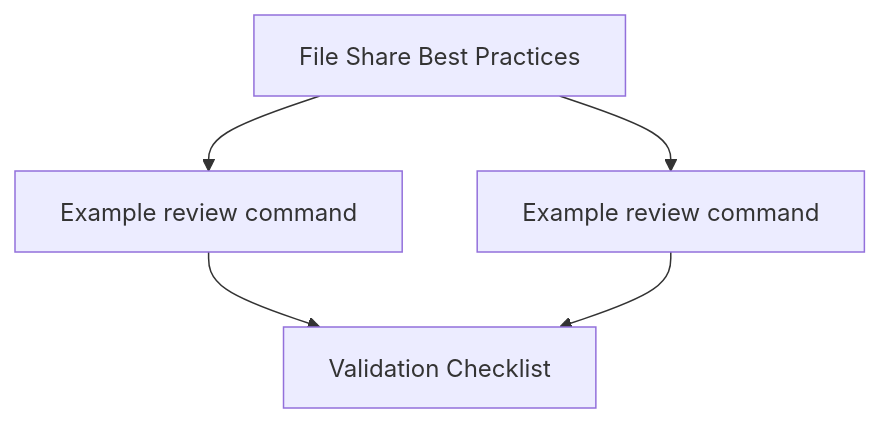
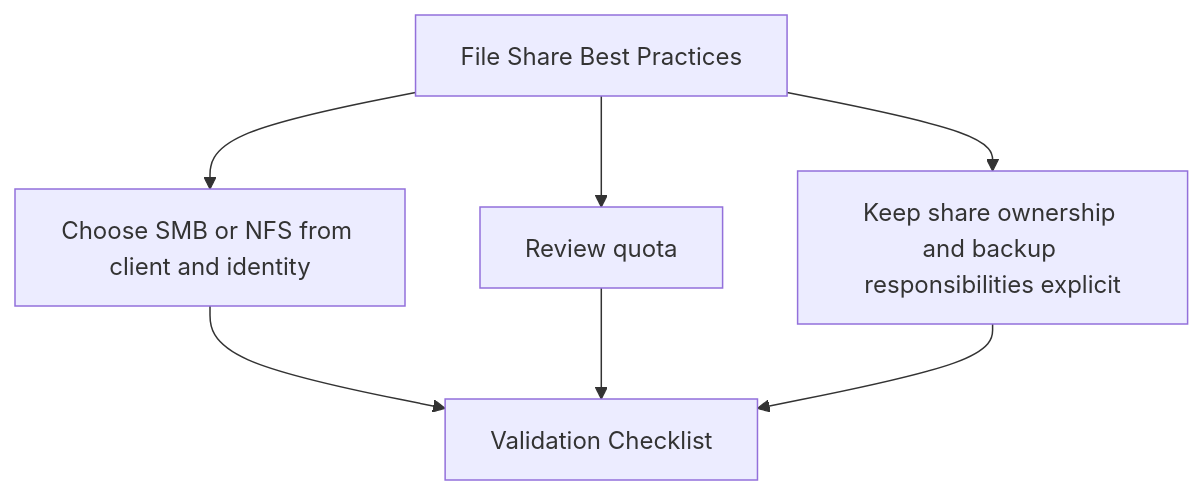
Before and after one commit to yeongseon/azure-storage-practical-guide: the diagram in docs/best-practices/file-share-best-practices.md, drawn with Mermaid. The commit also changed 9 other files, not shown here.

Commit message:
fix: rebuild remaining BP diagrams from practice bullets with label shortening

````diff
--- a/docs/best-practices/file-share-best-practices.md
+++ b/docs/best-practices/file-share-best-practices.md
@@ -29,11 +29,14 @@
 ```mermaid
 flowchart TD
     T["File Share Best Practices"]
-    P1["Example review command"]
+    P1["Choose SMB or NFS from client and identity"]
     T --> P1
-    P2["Example review command"]
+    P2["Review quota"]
     T --> P2
+    P3["Keep share ownership and backup responsibilities explicit"]
+    T --> P3
     V["Validation Checklist"]
     P1 --> V
     P2 --> V
+    P3 --> V
 ```
````
